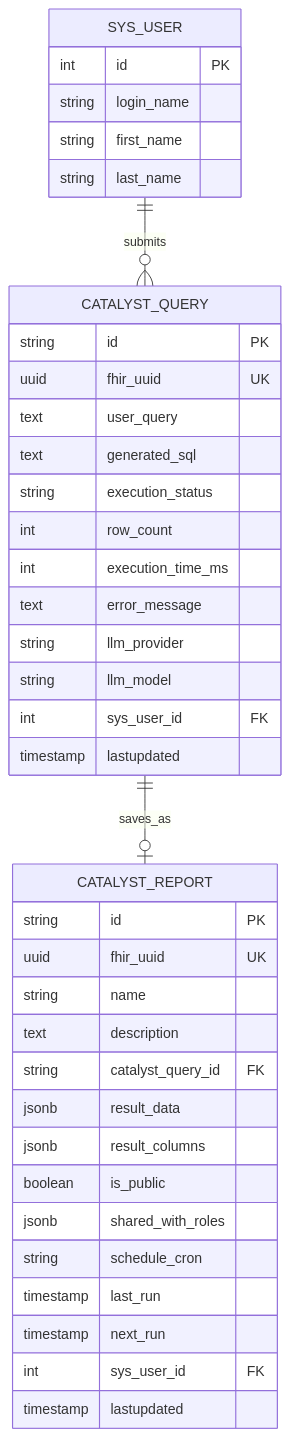
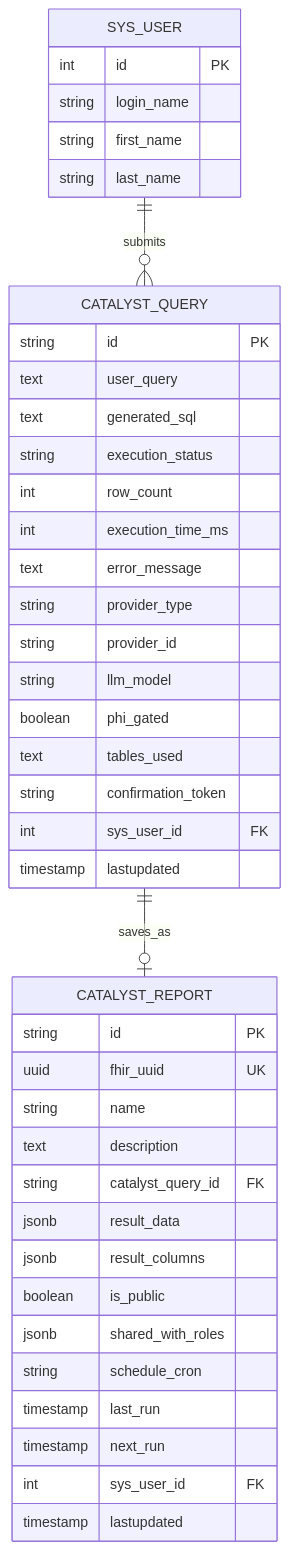
Before and after one commit to DIGI-UW/OpenELIS-Global-2: the diagram in specs/OGC-070-catalyst-assistant/data-model.md, drawn with Mermaid. The commit also changed other lines of this file and 3 other files, not shown here.

````diff
--- a/specs/OGC-070-catalyst-assistant/data-model.md
+++ b/specs/OGC-070-catalyst-assistant/data-model.md
@@ -229,44 +248,47 @@
 ```mermaid
 erDiagram
     SYS_USER ||--o{ CATALYST_QUERY : submits
     CATALYST_QUERY ||--o| CATALYST_REPORT : saves_as
 
     SYS_USER {
         int id PK
         string login_name
         string first_name
         string last_name
     }
 
     CATALYST_QUERY {
         string id PK
-        uuid fhir_uuid UK
         text user_query
         text generated_sql
         string execution_status
         int row_count
         int execution_time_ms
         text error_message
-        string llm_provider
+        string provider_type
+        string provider_id
         string llm_model
+        boolean phi_gated
+        text tables_used
+        string confirmation_token
         int sys_user_id FK
         timestamp lastupdated
     }
 
     CATALYST_REPORT {
         string id PK
         uuid fhir_uuid UK
         string name
         text description
         string catalyst_query_id FK
         jsonb result_data
         jsonb result_columns
         boolean is_public
         jsonb shared_with_roles
         string schedule_cron
         timestamp last_run
         timestamp next_run
         int sys_user_id FK
         timestamp lastupdated
     }
 ```
````
